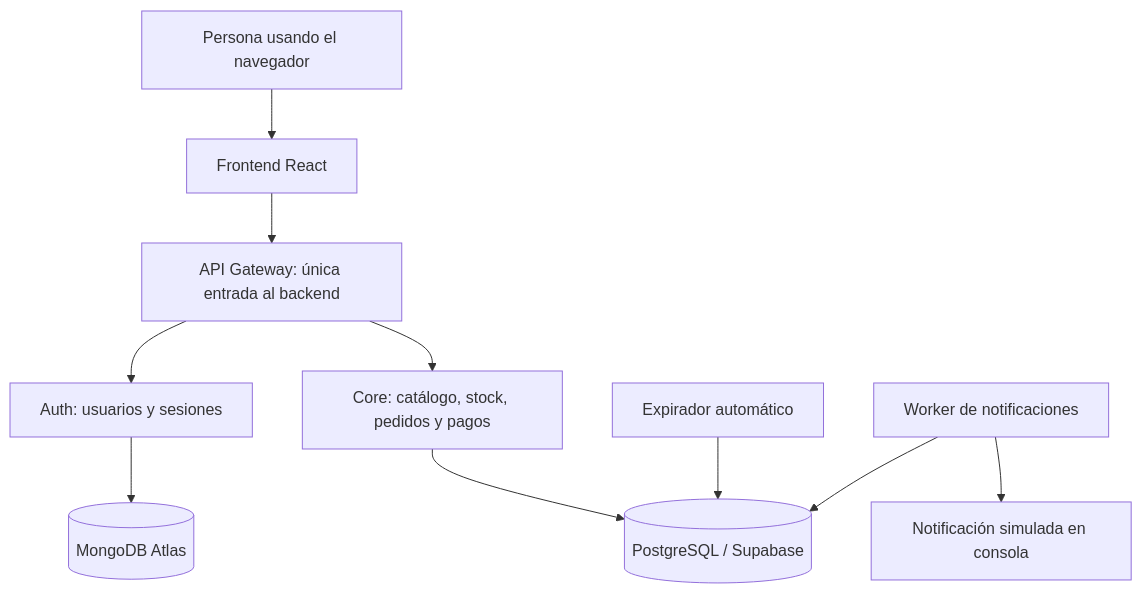
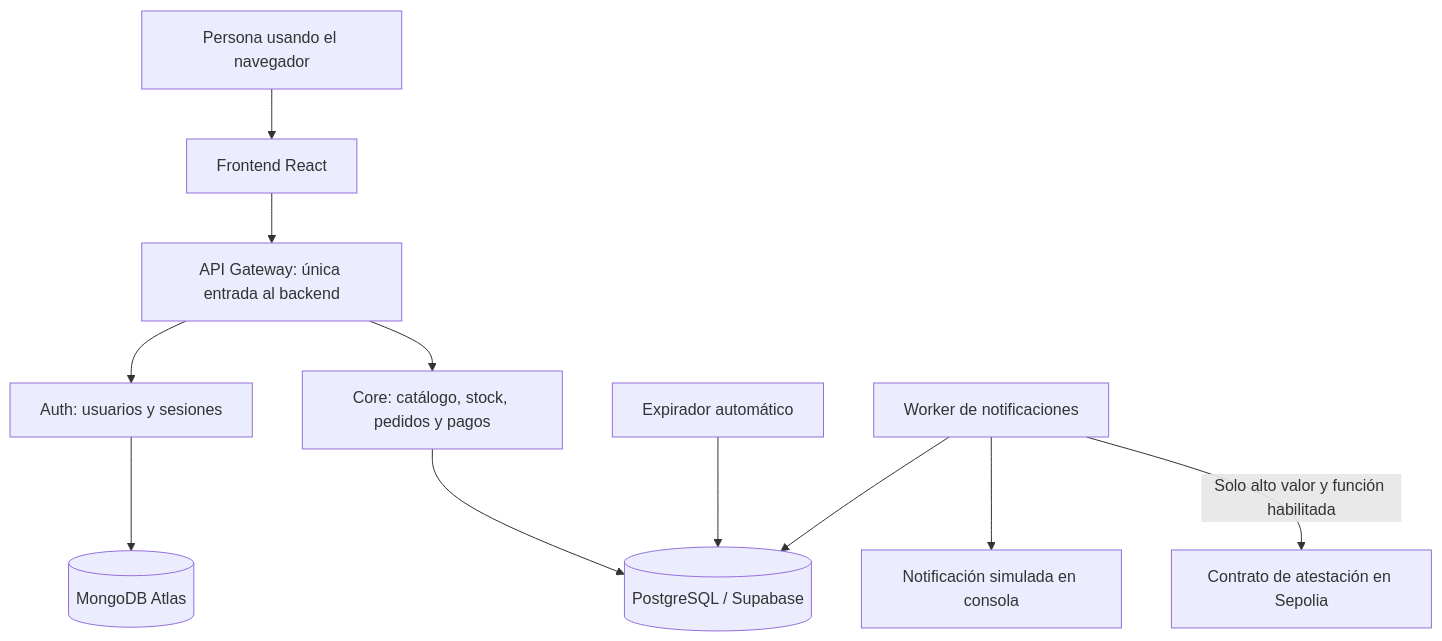
The first of 2 diagrams in README.md (julietaruppertc/acordesmayorista), drawn with Mermaid before and after one commit. The commit also changed other lines of this file and 31 other files, not shown here.

````diff
--- a/README.md
+++ b/README.md
@@ -20,12 +23,13 @@
 ```mermaid
 flowchart TD
     U[Persona usando el navegador] --> SPA[Frontend React]
     SPA --> GW[API Gateway: única entrada al backend]
     GW --> AUTH[Auth: usuarios y sesiones]
     AUTH --> MONGO[(MongoDB Atlas)]
     GW --> CORE[Core: catálogo, stock, pedidos y pagos]
     CORE --> PG[(PostgreSQL / Supabase)]
     EXP[Expirador automático] --> PG
     WORK[Worker de notificaciones] --> PG
     WORK --> LOG[Notificación simulada en consola]
+    WORK -->|Solo alto valor y función habilitada| EVM[Contrato de atestación en Sepolia]
 ```
````
